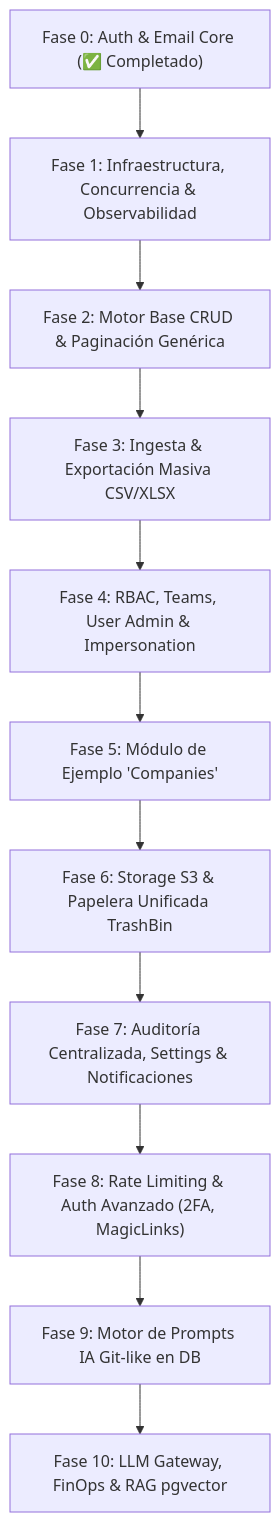
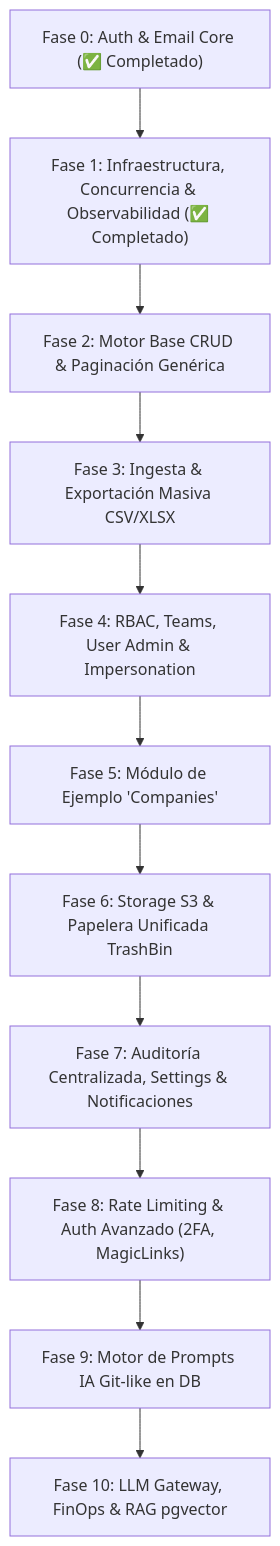
The diagram in ROADMAP.md (javireyramirez/fastapi_plantilla), drawn with Mermaid before and after one commit. The commit also changed other lines of this file and 7 other files, not shown here.

````diff
--- a/ROADMAP.md
+++ b/ROADMAP.md
@@ -24,13 +24,13 @@
 ```mermaid
 flowchart TD
-    F0["Fase 0: Auth & Email Core (✅ Completado)"] --> F1["Fase 1: Infraestructura, Concurrencia & Observabilidad"]
+    F0["Fase 0: Auth & Email Core (✅ Completado)"] --> F1["Fase 1: Infraestructura, Concurrencia & Observabilidad (✅ Completado)"]
     F1 --> F2["Fase 2: Motor Base CRUD & Paginación Genérica"]
     F2 --> F3["Fase 3: Ingesta & Exportación Masiva CSV/XLSX"]
     F3 --> F4["Fase 4: RBAC, Teams, User Admin & Impersonation"]
     F4 --> F5["Fase 5: Módulo de Ejemplo 'Companies'"]
     F5 --> F6["Fase 6: Storage S3 & Papelera Unificada TrashBin"]
     F6 --> F7["Fase 7: Auditoría Centralizada, Settings & Notificaciones"]
     F7 --> F8["Fase 8: Rate Limiting & Auth Avanzado (2FA, MagicLinks)"]
     F8 --> F9["Fase 9: Motor de Prompts IA Git-like en DB"]
     F9 --> F10["Fase 10: LLM Gateway, FinOps & RAG pgvector"]
 ```
````
